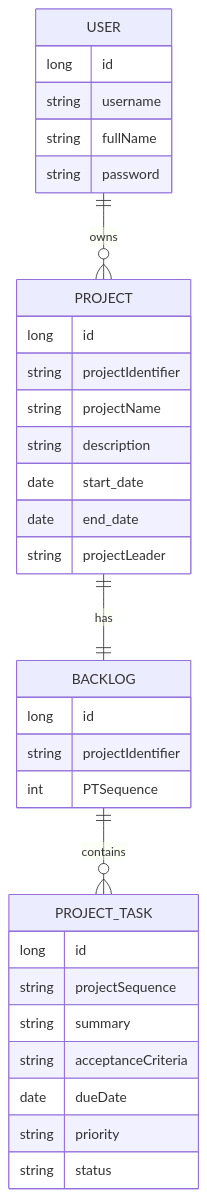
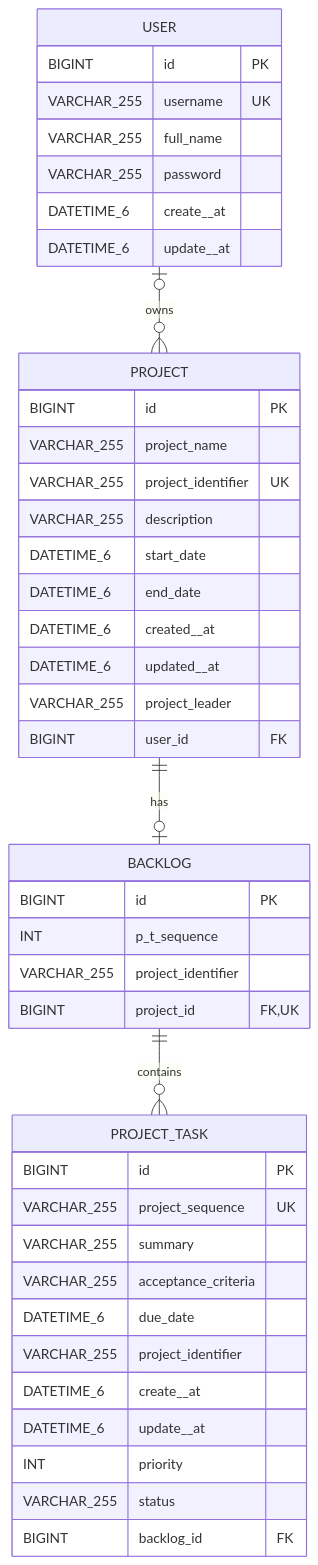
One commit to gourarushi/AgilePPMTool changed the third of 4 diagrams in ARCHITECTURE.md. Above: the diagram before and after it, drawn with Mermaid. The commit also changed other lines of this file, not shown here.

Commit message:
update architecture files

````diff
--- a/ARCHITECTURE.md
+++ b/ARCHITECTURE.md
@@ -70,36 +73,49 @@
 ```mermaid
 erDiagram
-    USER ||--o{ PROJECT : owns
-    PROJECT ||--|| BACKLOG : has
+    USER o|--o{ PROJECT : owns
+    PROJECT ||--o| BACKLOG : has
     BACKLOG ||--o{ PROJECT_TASK : contains
 
     USER {
-        long id
-        string username
-        string fullName
-        string password
+        BIGINT id PK
+        VARCHAR_255 username UK
+        VARCHAR_255 full_name
+        VARCHAR_255 password
+        DATETIME_6 create__at
+        DATETIME_6 update__at
     }
+
     PROJECT {
-        long id
-        string projectIdentifier
-        string projectName
-        string description
-        date start_date
-        date end_date
-        string projectLeader
+        BIGINT id PK
+        VARCHAR_255 project_name
+        VARCHAR_255 project_identifier UK
+        VARCHAR_255 description
+        DATETIME_6 start_date
+        DATETIME_6 end_date
+        DATETIME_6 created__at
+        DATETIME_6 updated__at
+        VARCHAR_255 project_leader
+        BIGINT user_id FK
     }
+
     BACKLOG {
-        long id
-        string projectIdentifier
-        int PTSequence
+        BIGINT id PK
+        INT p_t_sequence
+        VARCHAR_255 project_identifier
+        BIGINT project_id FK,UK
     }
+
     PROJECT_TASK {
-        long id
-        string projectSequence
-        string summary
-        string acceptanceCriteria
-        date dueDate
-        string priority
-        string status
+        BIGINT id PK
+        VARCHAR_255 project_sequence UK
+        VARCHAR_255 summary
+        VARCHAR_255 acceptance_criteria
+        DATETIME_6 due_date
+        VARCHAR_255 project_identifier
+        DATETIME_6 create__at
+        DATETIME_6 update__at
+        INT priority
+        VARCHAR_255 status
+        BIGINT backlog_id FK
     }
 ```
````
